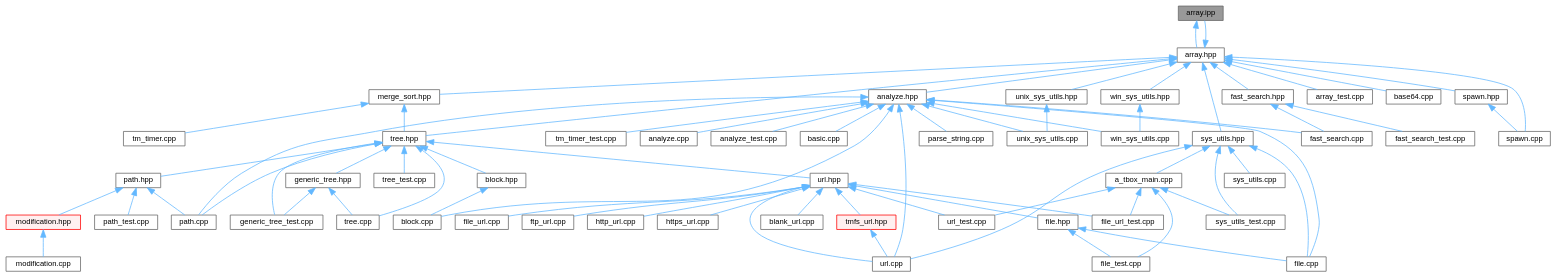
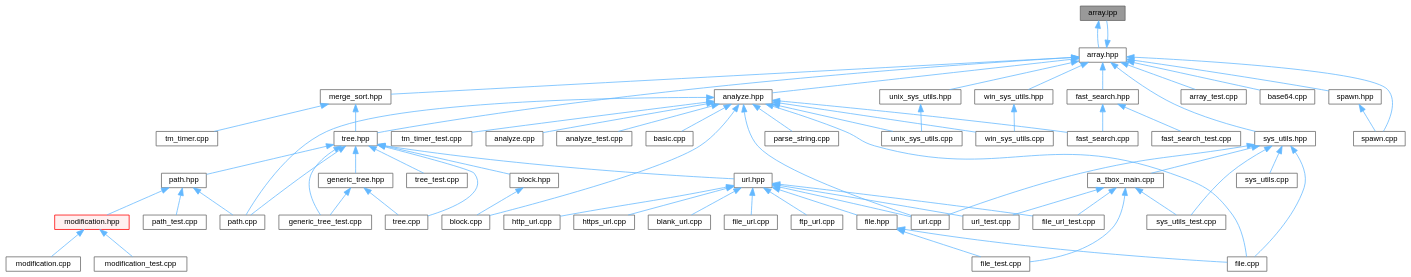
One commit to XmacsLabs/lolly changed the diagram in array_8ipp__dep__incl.dot. Above: the diagram before and after it, drawn with Graphviz. The commit also changed 120 other files, not shown here.

```diff
--- a/array_8ipp__dep__incl.dot
+++ b/array_8ipp__dep__incl.dot
@@ -66,6 +66,8 @@
   Node28 [label="modification.hpp",height=0.2,width=0.4,color="red", fillcolor="#FFF0F0", style="filled",URL="$modification_8hpp.html",tooltip=" "];
   Node28 -> Node29 [dir="back",color="steelblue1",style="solid"];
   Node29 [label="modification.cpp",height=0.2,width=0.4,color="grey40", fillcolor="white", style="filled",URL="$modification_8cpp.html",tooltip=" "];
+  Node28 -> Node30 [dir="back",color="steelblue1",style="solid"];
+  Node30 [label="modification_test.cpp",height=0.2,width=0.4,color="grey40", fillcolor="white", style="filled",URL="$modification__test_8cpp.html",tooltip=" "];
   Node27 -> Node11 [dir="back",color="steelblue1",style="solid"];
   Node27 -> Node32 [dir="back",color="steelblue1",style="solid"];
   Node32 [label="path_test.cpp",height=0.2,width=0.4,color="grey40", fillcolor="white", style="filled",URL="$path__test_8cpp.html",tooltip=" "];
@@ -91,36 +93,33 @@
   Node41 [label="http_url.cpp",height=0.2,width=0.4,color="grey40", fillcolor="white", style="filled",URL="$http__url_8cpp.html",tooltip=" "];
   Node34 -> Node42 [dir="back",color="steelblue1",style="solid"];
   Node42 [label="https_url.cpp",height=0.2,width=0.4,color="grey40", fillcolor="white", style="filled",URL="$https__url_8cpp.html",tooltip=" "];
+  Node34 -> Node14 [dir="back",color="steelblue1",style="solid"];
   Node34 -> Node43 [dir="back",color="steelblue1",style="solid"];
-  Node43 [label="tmfs_url.hpp",height=0.2,width=0.4,color="red", fillcolor="#FFF0F0", style="filled",URL="$tmfs__url_8hpp.html",tooltip=" "];
-  Node43 -> Node14 [dir="back",color="steelblue1",style="solid"];
-  Node34 -> Node14 [dir="back",color="steelblue1",style="solid"];
-  Node34 -> Node45 [dir="back",color="steelblue1",style="solid"];
-  Node45 [label="url_test.cpp",height=0.2,width=0.4,color="grey40", fillcolor="white", style="filled",URL="$url__test_8cpp.html",tooltip=" "];
+  Node43 [label="url_test.cpp",height=0.2,width=0.4,color="grey40", fillcolor="white", style="filled",URL="$url__test_8cpp.html",tooltip=" "];
+  Node2 -> Node44 [dir="back",color="steelblue1",style="solid"];
+  Node44 [label="spawn.cpp",height=0.2,width=0.4,color="grey40", fillcolor="white", style="filled",URL="$spawn_8cpp.html",tooltip=" "];
+  Node2 -> Node45 [dir="back",color="steelblue1",style="solid"];
+  Node45 [label="spawn.hpp",height=0.2,width=0.4,color="grey40", fillcolor="white", style="filled",URL="$spawn_8hpp.html",tooltip=" "];
+  Node45 -> Node44 [dir="back",color="steelblue1",style="solid"];
   Node2 -> Node46 [dir="back",color="steelblue1",style="solid"];
-  Node46 [label="spawn.cpp",height=0.2,width=0.4,color="grey40", fillcolor="white", style="filled",URL="$spawn_8cpp.html",tooltip=" "];
-  Node2 -> Node47 [dir="back",color="steelblue1",style="solid"];
-  Node47 [label="spawn.hpp",height=0.2,width=0.4,color="grey40", fillcolor="white", style="filled",URL="$spawn_8hpp.html",tooltip=" "];
-  Node47 -> Node46 [dir="back",color="steelblue1",style="solid"];
-  Node2 -> Node48 [dir="back",color="steelblue1",style="solid"];
-  Node48 [label="sys_utils.hpp",height=0.2,width=0.4,color="grey40", fillcolor="white", style="filled",URL="$sys__utils_8hpp.html",tooltip=" "];
-  Node48 -> Node49 [dir="back",color="steelblue1",style="solid"];
-  Node49 [label="a_tbox_main.cpp",height=0.2,width=0.4,color="grey40", fillcolor="white", style="filled",URL="$a__tbox__main_8cpp.html",tooltip=" "];
-  Node49 -> Node37 [dir="back",color="steelblue1",style="solid"];
-  Node49 -> Node39 [dir="back",color="steelblue1",style="solid"];
-  Node49 -> Node50 [dir="back",color="steelblue1",style="solid"];
-  Node50 [label="sys_utils_test.cpp",height=0.2,width=0.4,color="grey40", fillcolor="white", style="filled",URL="$sys__utils__test_8cpp.html",tooltip=" "];
-  Node49 -> Node45 [dir="back",color="steelblue1",style="solid"];
-  Node48 -> Node9 [dir="back",color="steelblue1",style="solid"];
-  Node48 -> Node51 [dir="back",color="steelblue1",style="solid"];
-  Node51 [label="sys_utils.cpp",height=0.2,width=0.4,color="grey40", fillcolor="white", style="filled",URL="$sys__utils_8cpp.html",tooltip=" "];
-  Node48 -> Node50 [dir="back",color="steelblue1",style="solid"];
-  Node48 -> Node14 [dir="back",color="steelblue1",style="solid"];
+  Node46 [label="sys_utils.hpp",height=0.2,width=0.4,color="grey40", fillcolor="white", style="filled",URL="$sys__utils_8hpp.html",tooltip=" "];
+  Node46 -> Node47 [dir="back",color="steelblue1",style="solid"];
+  Node47 [label="a_tbox_main.cpp",height=0.2,width=0.4,color="grey40", fillcolor="white", style="filled",URL="$a__tbox__main_8cpp.html",tooltip=" "];
+  Node47 -> Node37 [dir="back",color="steelblue1",style="solid"];
+  Node47 -> Node39 [dir="back",color="steelblue1",style="solid"];
+  Node47 -> Node48 [dir="back",color="steelblue1",style="solid"];
+  Node48 [label="sys_utils_test.cpp",height=0.2,width=0.4,color="grey40", fillcolor="white", style="filled",URL="$sys__utils__test_8cpp.html",tooltip=" "];
+  Node47 -> Node43 [dir="back",color="steelblue1",style="solid"];
+  Node46 -> Node9 [dir="back",color="steelblue1",style="solid"];
+  Node46 -> Node49 [dir="back",color="steelblue1",style="solid"];
+  Node49 [label="sys_utils.cpp",height=0.2,width=0.4,color="grey40", fillcolor="white", style="filled",URL="$sys__utils_8cpp.html",tooltip=" "];
+  Node46 -> Node48 [dir="back",color="steelblue1",style="solid"];
+  Node46 -> Node14 [dir="back",color="steelblue1",style="solid"];
   Node2 -> Node22 [dir="back",color="steelblue1",style="solid"];
-  Node2 -> Node52 [dir="back",color="steelblue1",style="solid"];
-  Node52 [label="unix_sys_utils.hpp",height=0.2,width=0.4,color="grey40", fillcolor="white", style="filled",URL="$unix__sys__utils_8hpp.html",tooltip=" "];
-  Node52 -> Node13 [dir="back",color="steelblue1",style="solid"];
-  Node2 -> Node53 [dir="back",color="steelblue1",style="solid"];
-  Node53 [label="win_sys_utils.hpp",height=0.2,width=0.4,color="grey40", fillcolor="white", style="filled",URL="$win__sys__utils_8hpp.html",tooltip=" "];
-  Node53 -> Node15 [dir="back",color="steelblue1",style="solid"];
+  Node2 -> Node50 [dir="back",color="steelblue1",style="solid"];
+  Node50 [label="unix_sys_utils.hpp",height=0.2,width=0.4,color="grey40", fillcolor="white", style="filled",URL="$unix__sys__utils_8hpp.html",tooltip=" "];
+  Node50 -> Node13 [dir="back",color="steelblue1",style="solid"];
+  Node2 -> Node51 [dir="back",color="steelblue1",style="solid"];
+  Node51 [label="win_sys_utils.hpp",height=0.2,width=0.4,color="grey40", fillcolor="white", style="filled",URL="$win__sys__utils_8hpp.html",tooltip=" "];
+  Node51 -> Node15 [dir="back",color="steelblue1",style="solid"];
 }
```
